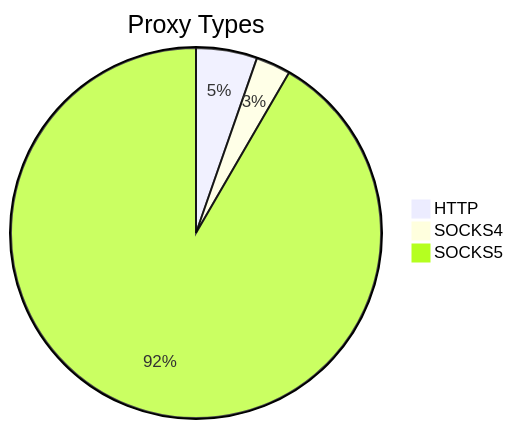
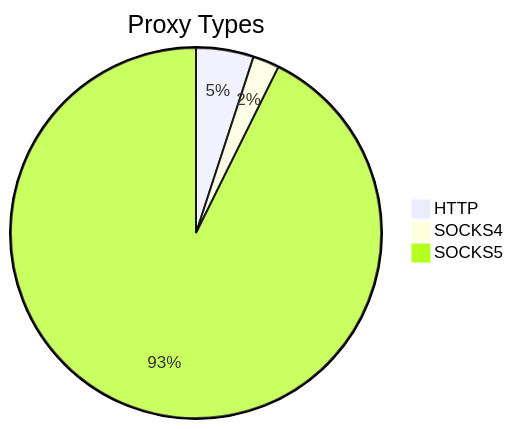
One commit to stormsia/proxy-list changed the first of 2 diagrams in README.md. Above: the diagram before and after it, drawn with Mermaid. The commit also changed other lines of this file, not shown here.

````diff
--- a/README.md
+++ b/README.md
@@ -21,6 +21,6 @@
 ```mermaid
 pie title Proxy Types
-    "HTTP" : 306
-    "SOCKS4" : 174
-    "SOCKS5" : 5254
+    "HTTP" : 228
+    "SOCKS4" : 105
+    "SOCKS5" : 4207
 ```
````
